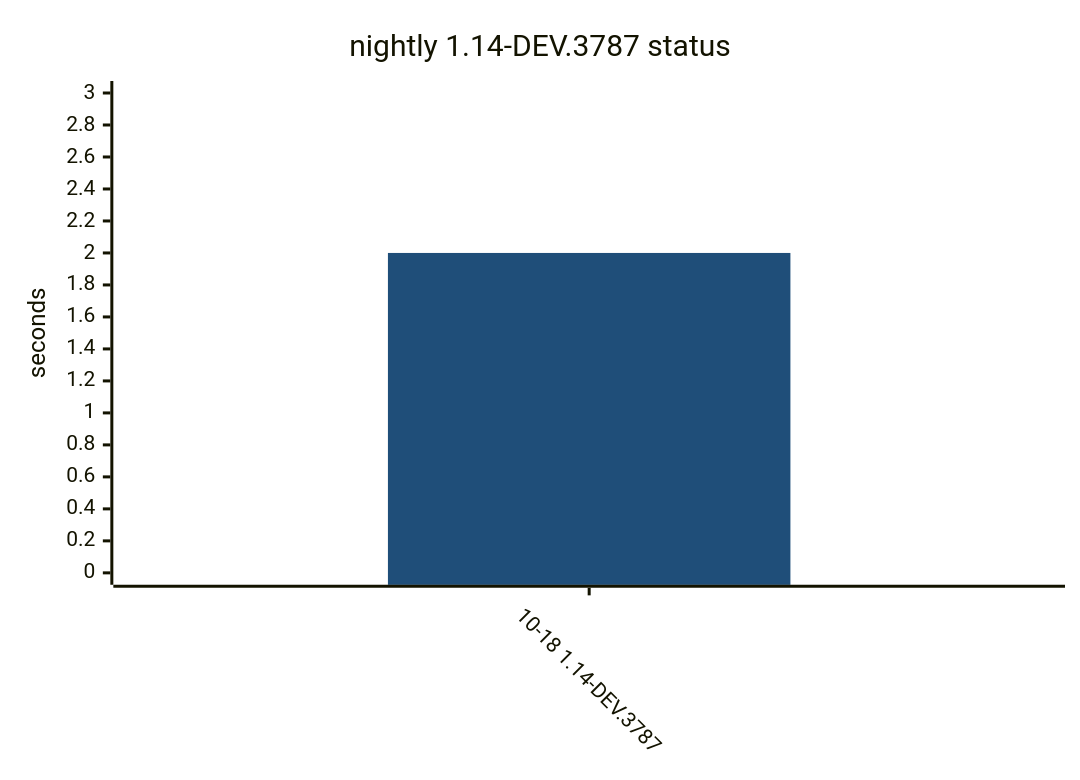
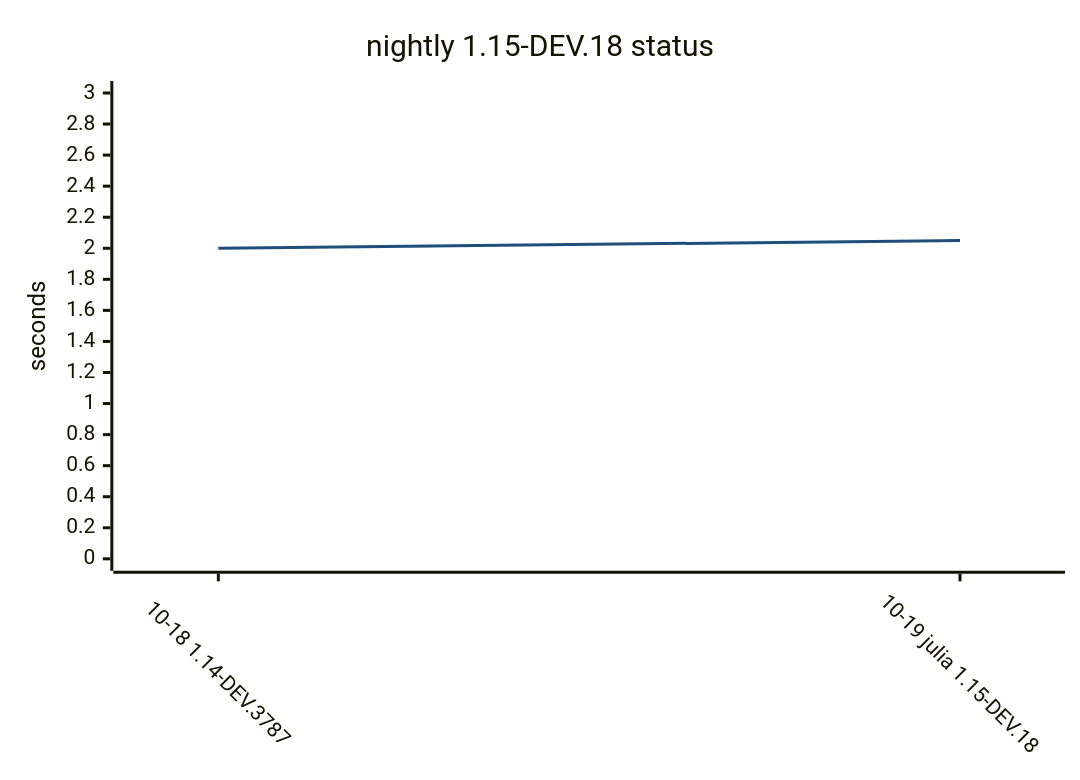
Before and after one commit to yamanori99/DistSSHQueue.jl: diagram 12 of 15 in README.md, drawn with Mermaid. The commit also changed other lines of this file and 1 other file, not shown here.

Commit message:
Record compile bench for nightly.

````diff
--- a/README.md
+++ b/README.md
@@ -410,17 +414,17 @@
 ```mermaid
 ---
 config:
   theme: base
   themeVariables:
     xyChart:
       plotColorPalette: "#1f4e79"
   xyChart:
     xAxis:
       labelRotation: 45
 ---
 xychart-beta
-    title "nightly 1.14-DEV.3787 status"
-    x-axis ["10-18 1.14-DEV.3787"]
+    title "nightly 1.15-DEV.18 status"
+    x-axis ["10-18 1.14-DEV.3787", "10-19 julia 1.15-DEV.18"]
     y-axis "seconds" 0 --> 3
-    bar [2.0]
+    line [2.0, 2.05]
 ```
````
